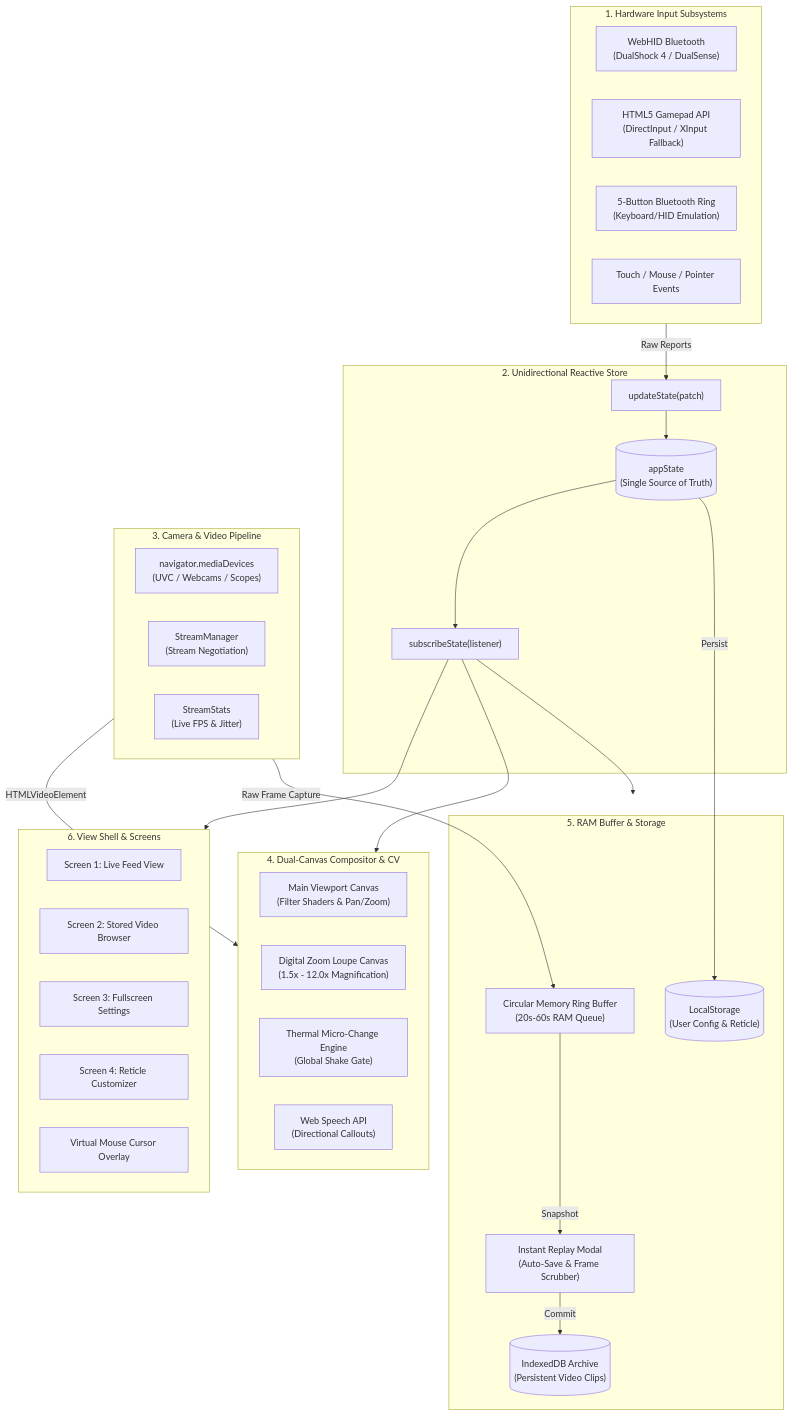
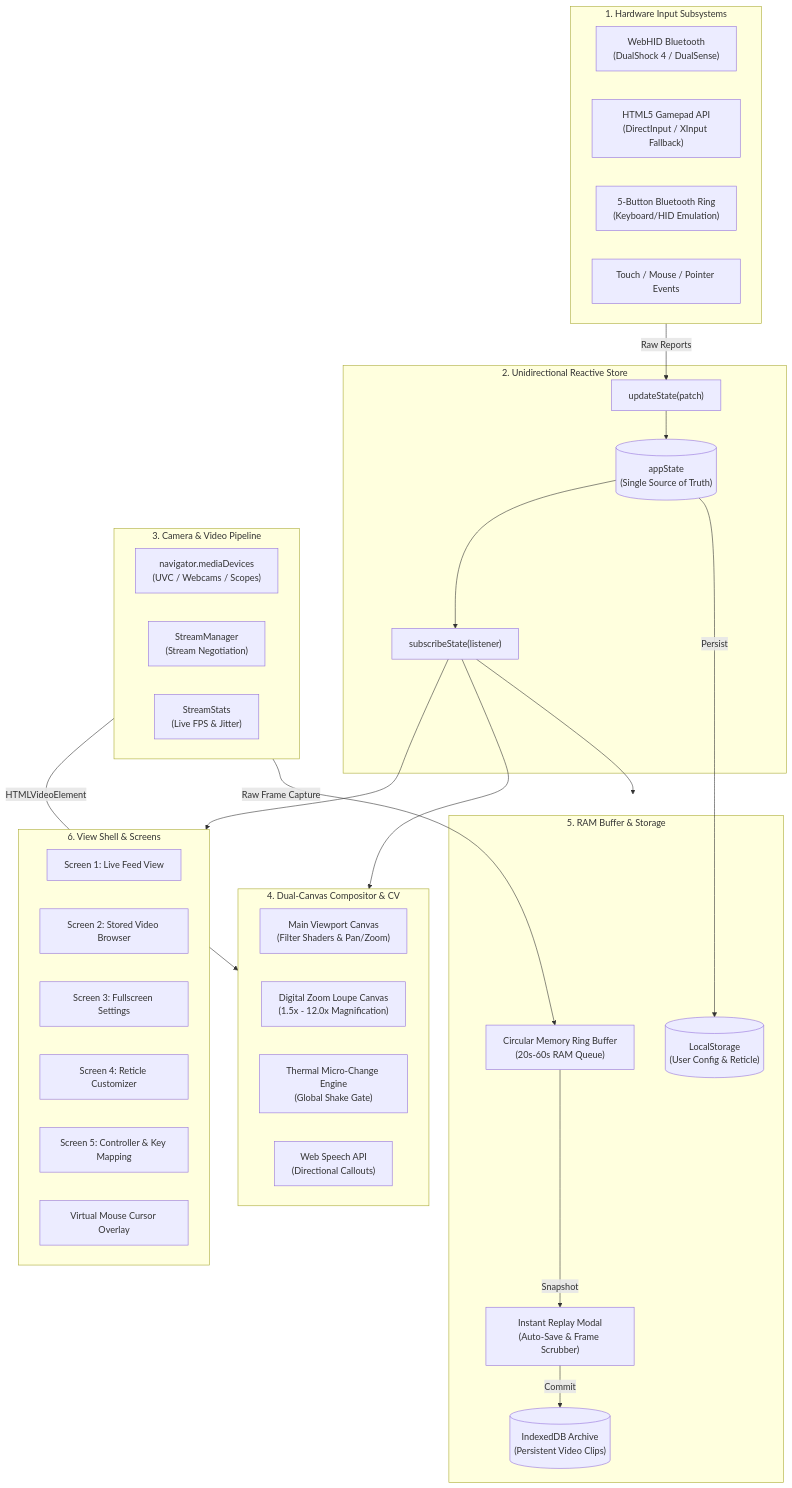
One commit to animaniac3k/EagleVision changed the first of 2 diagrams in docs/ARCHITECTURE.md. Above: the diagram before and after it, drawn with Mermaid. The commit also changed other lines of this file and 18 other files, not shown here.

````diff
--- a/docs/ARCHITECTURE.md
+++ b/docs/ARCHITECTURE.md
@@ -34,55 +34,56 @@
 ```mermaid
 flowchart TD
     subgraph Inputs["1. Hardware Input Subsystems"]
         BT["WebHID Bluetooth<br/>(DualShock 4 / DualSense)"]
         GP["HTML5 Gamepad API<br/>(DirectInput / XInput Fallback)"]
         RING["5-Button Bluetooth Ring<br/>(Keyboard/HID Emulation)"]
         MOUSE["Touch / Mouse / Pointer Events"]
     end
 
     subgraph Store["2. Unidirectional Reactive Store"]
         STATE[("appState<br/>(Single Source of Truth)")]
         UPDATE["updateState(patch)"]
         SUB["subscribeState(listener)"]
     end
 
     subgraph CameraEngine["3. Camera & Video Pipeline"]
         MEDIA["navigator.mediaDevices<br/>(UVC / Webcams / Scopes)"]
         STREAM["StreamManager<br/>(Stream Negotiation)"]
         STATS["StreamStats<br/>(Live FPS & Jitter)"]
     end
 
     subgraph CompositorEngine["4. Dual-Canvas Compositor & CV"]
         MAIN_C["Main Viewport Canvas<br/>(Filter Shaders & Pan/Zoom)"]
         PIP_C["Digital Zoom Loupe Canvas<br/>(1.5x - 12.0x Magnification)"]
         HEAT["Thermal Micro-Change Engine<br/>(Global Shake Gate)"]
         TTS["Web Speech API<br/>(Directional Callouts)"]
     end
 
     subgraph MemoryEngine["5. RAM Buffer & Storage"]
         RAM["Circular Memory Ring Buffer<br/>(20s-60s RAM Queue)"]
         REPLAY["Instant Replay Modal<br/>(Auto-Save & Frame Scrubber)"]
         IDB[("IndexedDB Archive<br/>(Persistent Video Clips)")]
         LOCAL[("LocalStorage<br/>(User Config & Reticle)")]
     end
 
     subgraph UISubsystem["6. View Shell & Screens"]
         S_LIVE["Screen 1: Live Feed View"]
         S_GALLERY["Screen 2: Stored Video Browser"]
         S_SETTINGS["Screen 3: Fullscreen Settings"]
         S_RETICLE["Screen 4: Reticle Customizer"]
+        S_CONTROLLER["Screen 5: Controller & Key Mapping"]
         V_MOUSE["Virtual Mouse Cursor Overlay"]
     end
 
     Inputs -->|Raw Reports| UPDATE
     CameraEngine -->|HTMLVideoElement| CompositorEngine
     CameraEngine -->|Raw Frame Capture| RAM
     UPDATE --> STATE
     STATE --> SUB
     SUB --> UISubsystem
     SUB --> CompositorEngine
     SUB --> MemoryEngine
     RAM -->|Snapshot| REPLAY
     REPLAY -->|Commit| IDB
     STATE -->|Persist| LOCAL
 ```
````
